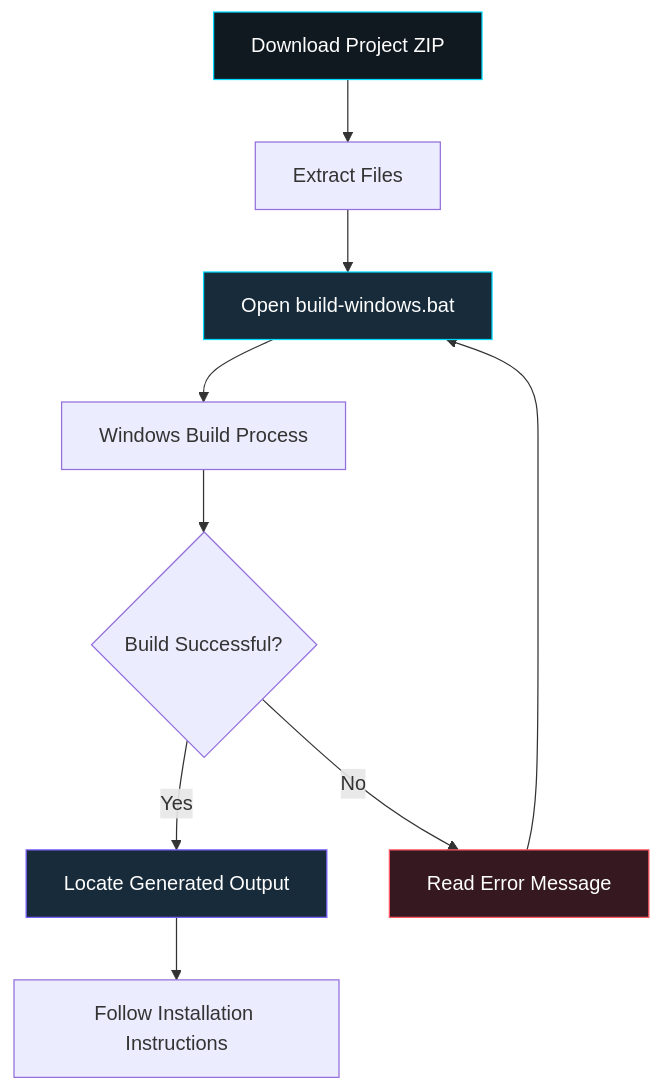
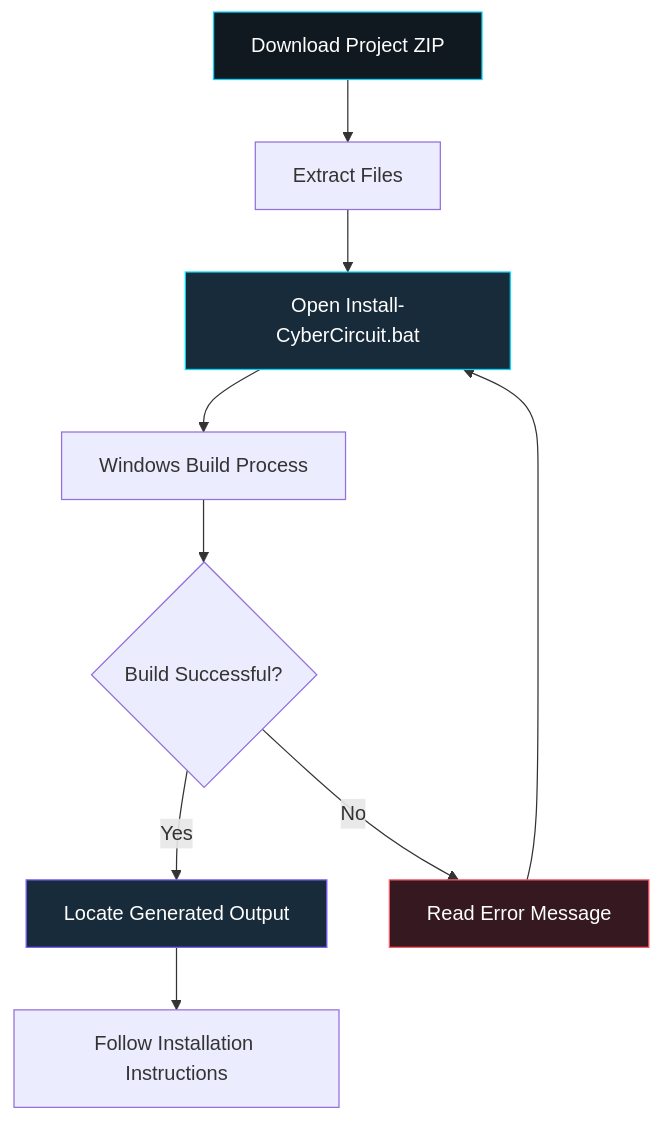
One commit to TechNofiy/CyberCircuit-Client-26.1 changed the diagram in README.md. Above: the diagram before and after it, drawn with Mermaid. The commit also changed other lines of this file, not shown here.

Commit message:
Install-CyberCircuit.bat Update README.md

````diff
--- a/README.md
+++ b/README.md
@@ -47,16 +47,16 @@
 ```mermaid
 flowchart TD
     A["Download Project ZIP"] --> B["Extract Files"]
-    B --> C["Open build-windows.bat"]
+    B --> C["Open Install-CyberCircuit.bat"]
     C --> D["Windows Build Process"]
     D --> E{"Build Successful?"}
     E -->|Yes| F["Locate Generated Output"]
     E -->|No| G["Read Error Message"]
     F --> H["Follow Installation Instructions"]
     G --> C
 
     style A fill:#101820,stroke:#00D9FF,color:#FFFFFF
     style C fill:#172B3A,stroke:#00D9FF,color:#FFFFFF
     style F fill:#172B3A,stroke:#7B61FF,color:#FFFFFF
     style G fill:#351820,stroke:#FF5964,color:#FFFFFF
 ```
````
